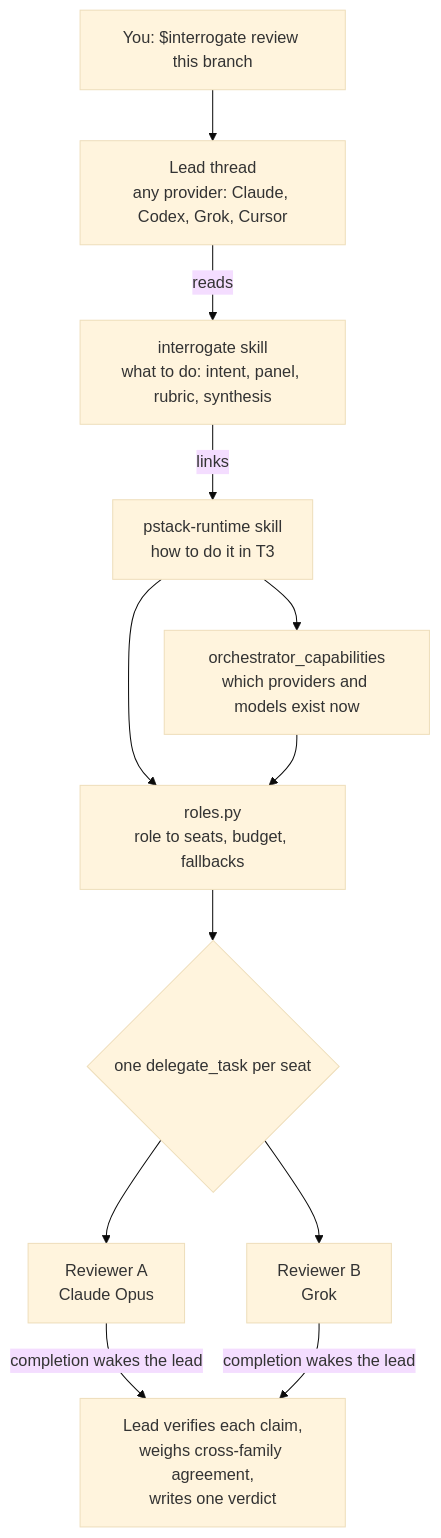
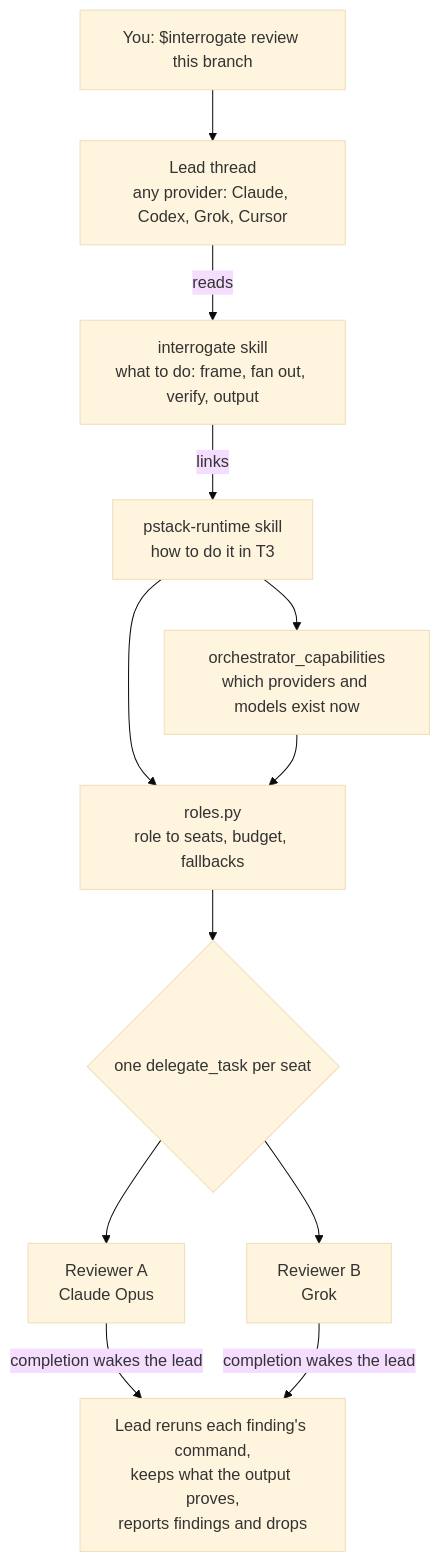
Before and after one commit to creedants/pstack-t3: the first of 2 diagrams in docs/how-it-works.md, drawn with Mermaid (base theme). The commit also changed 2 other files, not shown here.

Commit message:
D53: describe shipped interrogate flow in user docs

````diff
--- a/docs/how-it-works.md
+++ b/docs/how-it-works.md
@@ -5,13 +5,13 @@
 ```mermaid
 flowchart TD
     you["You: $interrogate review this branch"] --> lead["Lead thread<br/>any provider: Claude, Codex, Grok, Cursor"]
-    lead -->|reads| skill["interrogate skill<br/>what to do: intent, panel, rubric, synthesis"]
+    lead -->|reads| skill["interrogate skill<br/>what to do: frame, fan out, verify, output"]
     skill -->|links| runtime["pstack-runtime skill<br/>how to do it in T3"]
     runtime --> caps["orchestrator_capabilities<br/>which providers and models exist now"]
     runtime --> roles["roles.py<br/>role to seats, budget, fallbacks"]
     caps --> roles
     roles --> fan{"one delegate_task per seat"}
     fan --> a["Reviewer A<br/>Claude Opus"]
     fan --> b["Reviewer B<br/>Grok"]
-    a & b -->|completion wakes the lead| synth["Lead verifies each claim,<br/>weighs cross-family agreement,<br/>writes one verdict"]
+    a & b -->|completion wakes the lead| synth["Lead reruns each finding's command,<br/>keeps what the output proves,<br/>reports findings and drops"]
 ```
````
